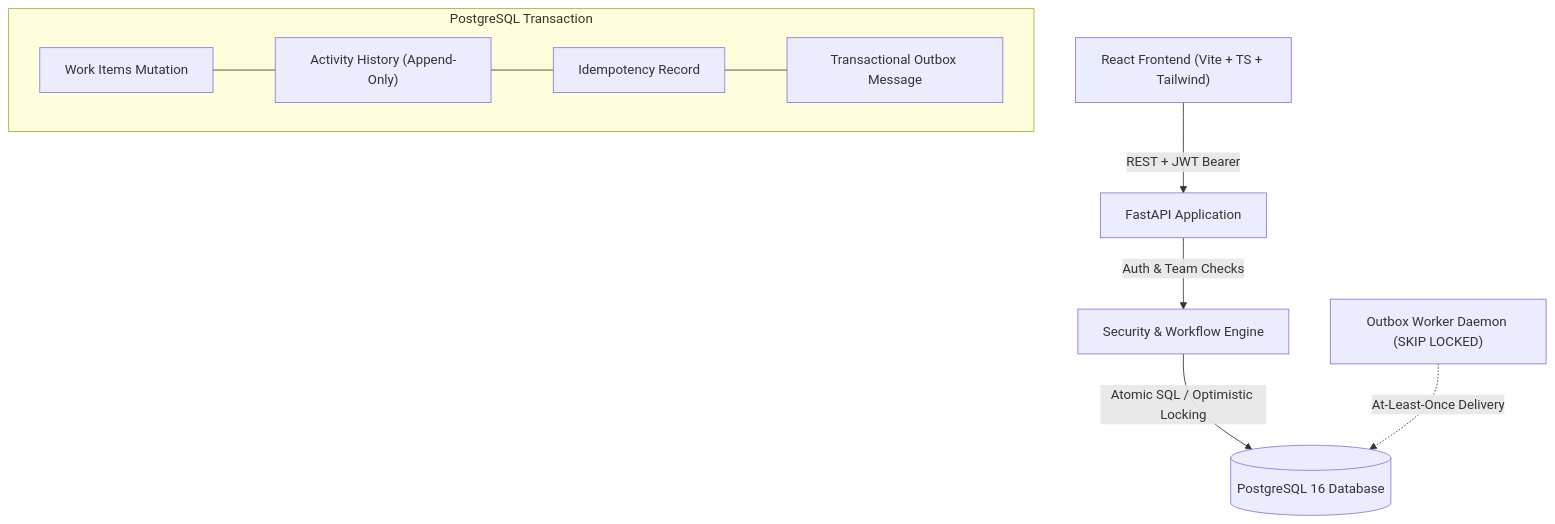
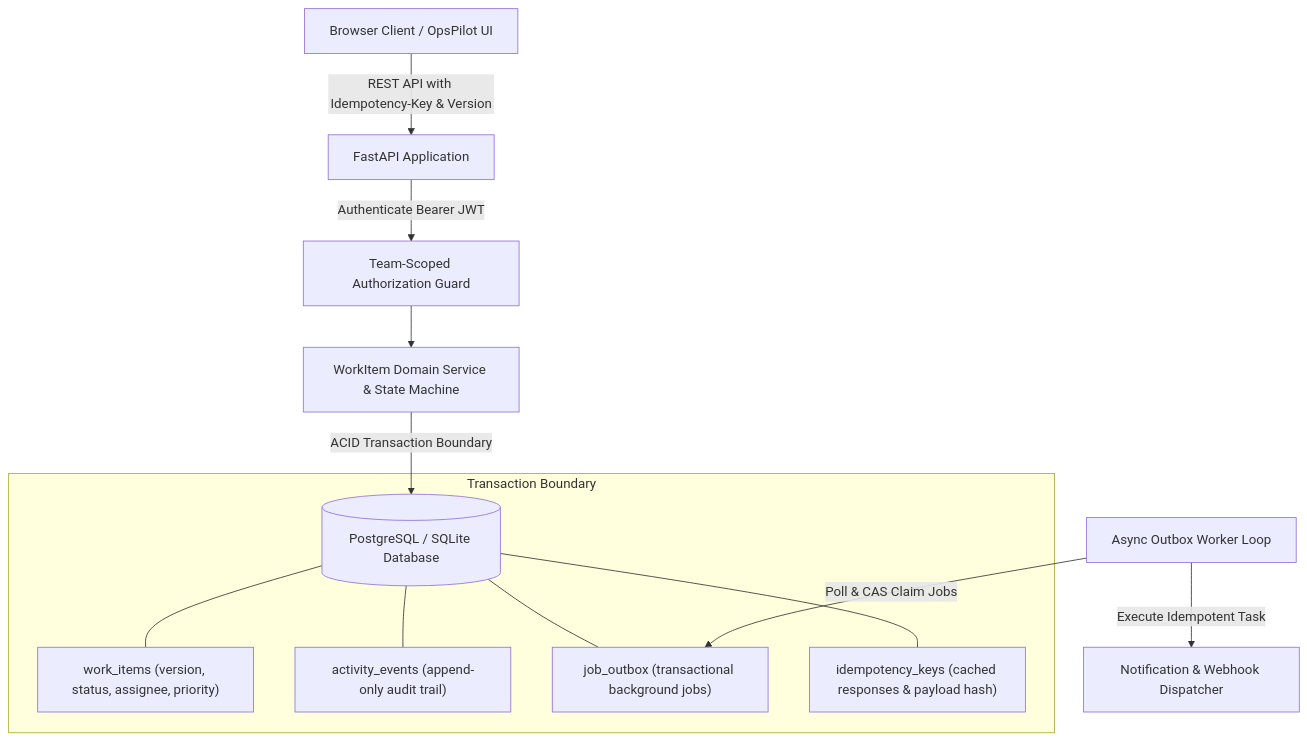
The diagram in README.md (pragyatayal63-pixel/newtonite-ops-2300970310124), drawn with Mermaid before and after one commit. The commit also changed other lines of this file and 43 other files, not shown here.

````diff
--- a/README.md
+++ b/README.md
@@ -9,16 +9,17 @@
 ```mermaid
 flowchart TD
-    Client["React Frontend (Vite + TS + Tailwind)"] -->|"REST + JWT Bearer"| API["FastAPI Application"]
-    API -->|"Auth & Team Checks"| Deps["Security & Workflow Engine"]
-    Deps -->|"Atomic SQL / Optimistic Locking"| DB[("PostgreSQL 16 Database")]
-    
-    subgraph PostgreSQL Transaction
-        ItemUpdate["Work Items Mutation"]
-        AuditLog["Activity History (Append-Only)"]
-        Idempotency["Idempotency Record"]
-        OutboxQueue["Transactional Outbox Message"]
-        ItemUpdate --- AuditLog --- Idempotency --- OutboxQueue
+    Client["Browser Client / OpsPilot UI"] -->|REST API with Idempotency-Key & Version| API["FastAPI Application"]
+    API -->|Authenticate Bearer JWT| Auth["Team-Scoped Authorization Guard"]
+    Auth --> Service["WorkItem Domain Service & State Machine"]
+    Service -->|ACID Transaction Boundary| DB[("PostgreSQL / SQLite Database")]
+
+    subgraph Transaction Boundary
+        DB --- WI["work_items (version, status, assignee, priority)"]
+        DB --- AE["activity_events (append-only audit trail)"]
+        DB --- OB["job_outbox (transactional background jobs)"]
+        DB --- IK["idempotency_keys (cached responses & payload hash)"]
     end
-    
-    OutboxWorker["Outbox Worker Daemon (SKIP LOCKED)"] -.->|"At-Least-Once Delivery"| DB
+
+    Worker["Async Outbox Worker Loop"] -->|Poll & CAS Claim Jobs| OB
+    Worker -->|Execute Idempotent Task| Handler["Notification & Webhook Dispatcher"]
 ```
````
